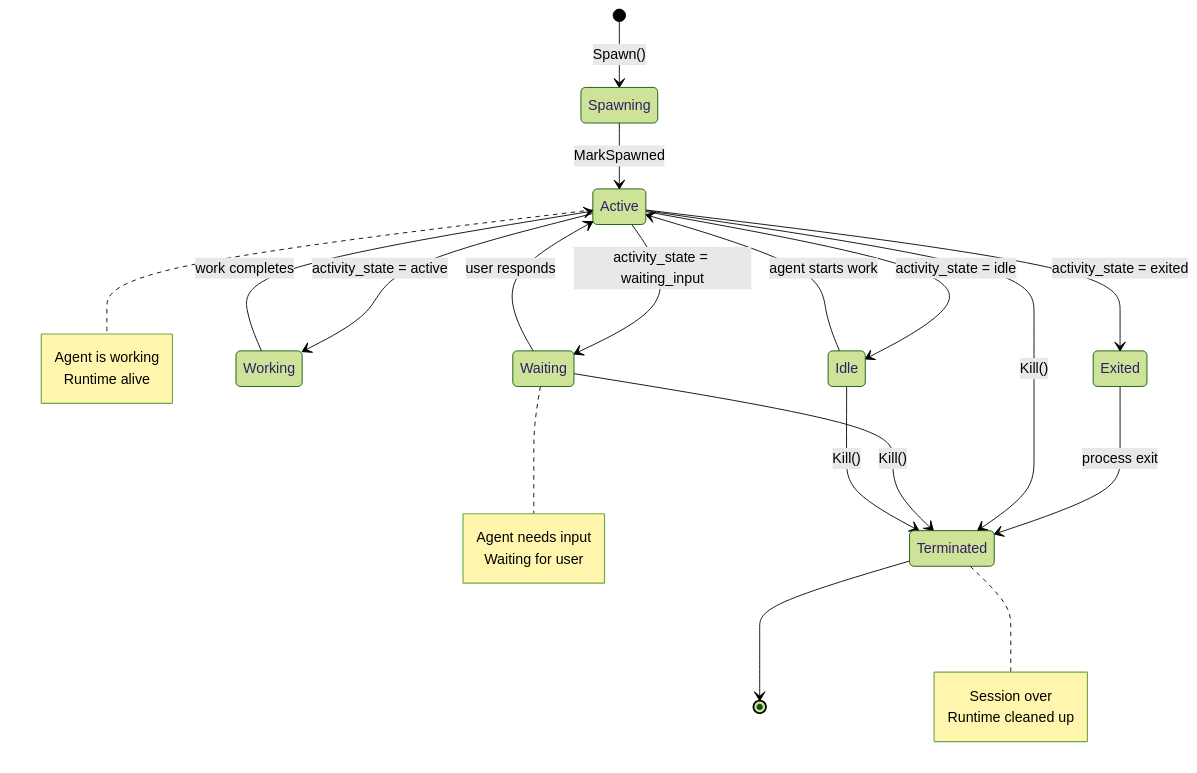
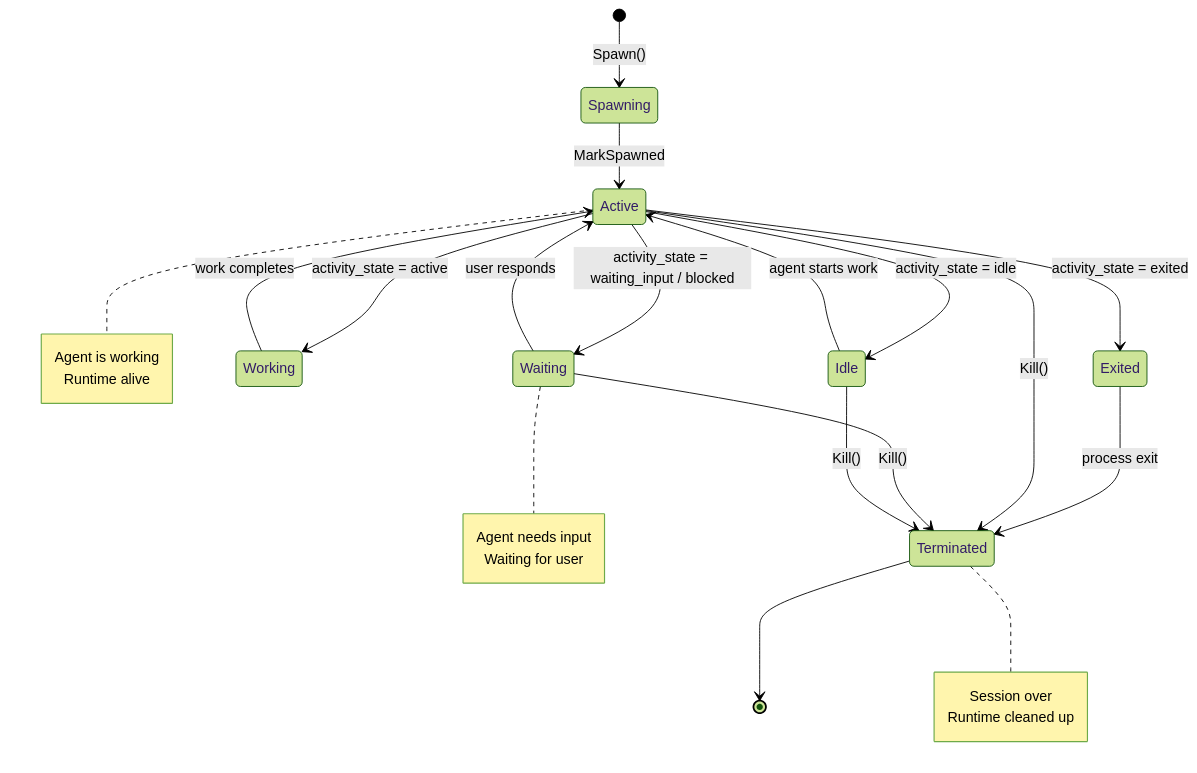
Before and after one commit to AgentWrapper/agent-orchestrator: diagram 15 of 23 in docs/architecture.md, drawn with Mermaid (forest theme). The commit also changed other lines of this file and 38 other files, not shown here.

````diff
--- a/docs/architecture.md
+++ b/docs/architecture.md
@@ -523,32 +523,32 @@
 ```mermaid
 stateDiagram-v2
     [*] --> Spawning: Spawn()
     Spawning --> Active: MarkSpawned
     Active --> Idle: activity_state = idle
     Active --> Working: activity_state = active
-    Active --> Waiting: activity_state = waiting_input
+    Active --> Waiting: activity_state = waiting_input / blocked
     Active --> Exited: activity_state = exited
     Working --> Active: work completes
     Waiting --> Active: user responds
     Idle --> Active: agent starts work
     Exited --> Terminated: process exit
     Active --> Terminated: Kill()
     Waiting --> Terminated: Kill()
     Idle --> Terminated: Kill()
     Terminated --> [*]
 
     note right of Active
         Agent is working
         Runtime alive
     end note
 
     note right of Waiting
         Agent needs input
         Waiting for user
     end note
 
     note right of Terminated
         Session over
         Runtime cleaned up
     end note
 ```
````
